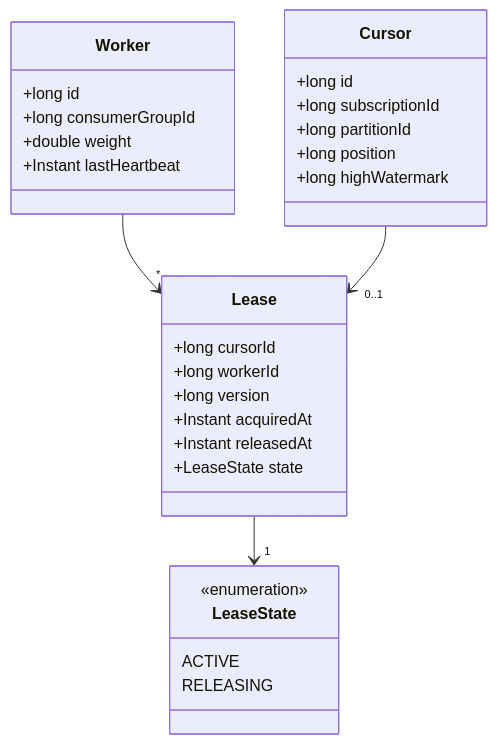
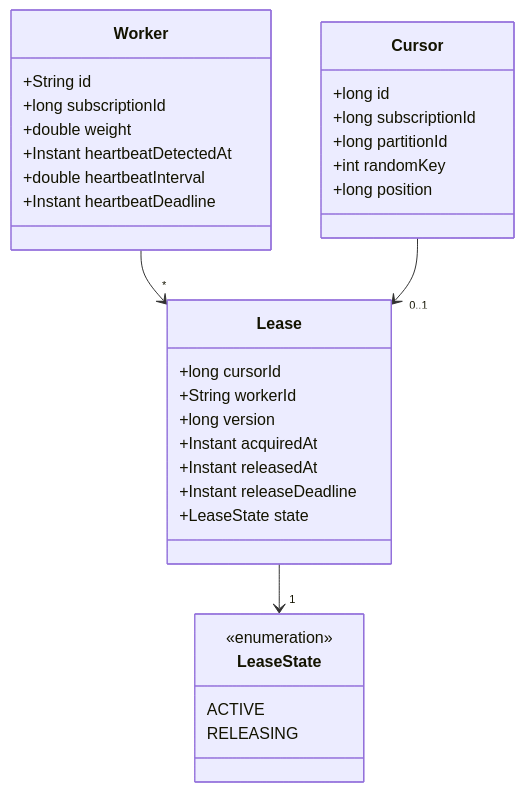
One commit to rbilleci/boxy changed the second of 3 diagrams in README.md. Above: the diagram before and after it, drawn with Mermaid. The commit also changed other lines of this file, not shown here.

Commit message:
docs: align readme with schema

````diff
--- a/README.md
+++ b/README.md
@@ -112,32 +116,35 @@
 ```mermaid
 classDiagram
     class Worker {
-        +long id
-        +long consumerGroupId
+        +String id
+        +long subscriptionId
         +double weight
-        +Instant lastHeartbeat
+        +Instant heartbeatDetectedAt
+        +double heartbeatInterval
+        +Instant heartbeatDeadline
     }
     class Cursor {
         +long id
         +long subscriptionId
         +long partitionId
+        +int randomKey
         +long position
-        +long highWatermark
     }
     class Lease {
         +long cursorId
-        +long workerId
+        +String workerId
         +long version
         +Instant acquiredAt
         +Instant releasedAt
+        +Instant releaseDeadline
         +LeaseState state
     }
     class LeaseState {
         <<enumeration>>
         ACTIVE
         RELEASING
     }
     Worker --> "*" Lease
     Cursor --> "0..1" Lease
     Lease --> "1" LeaseState
 ```
````
